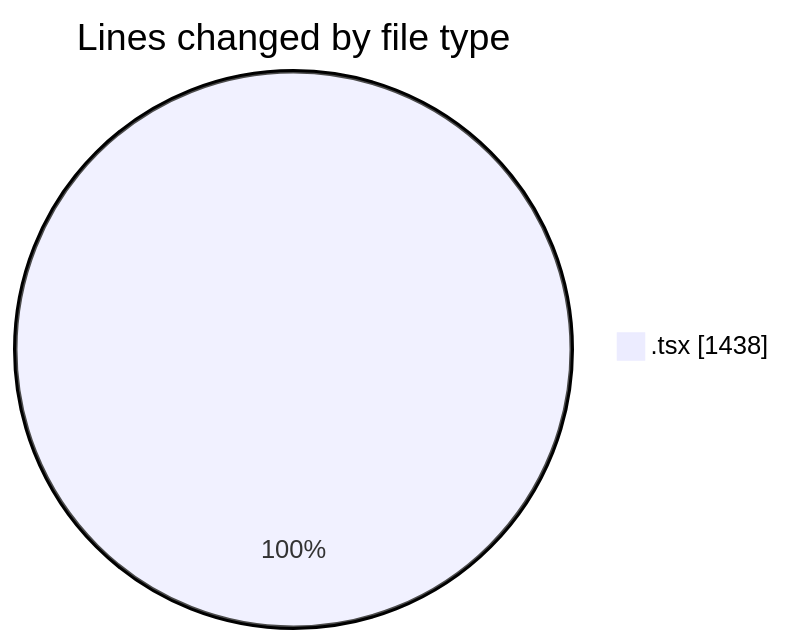
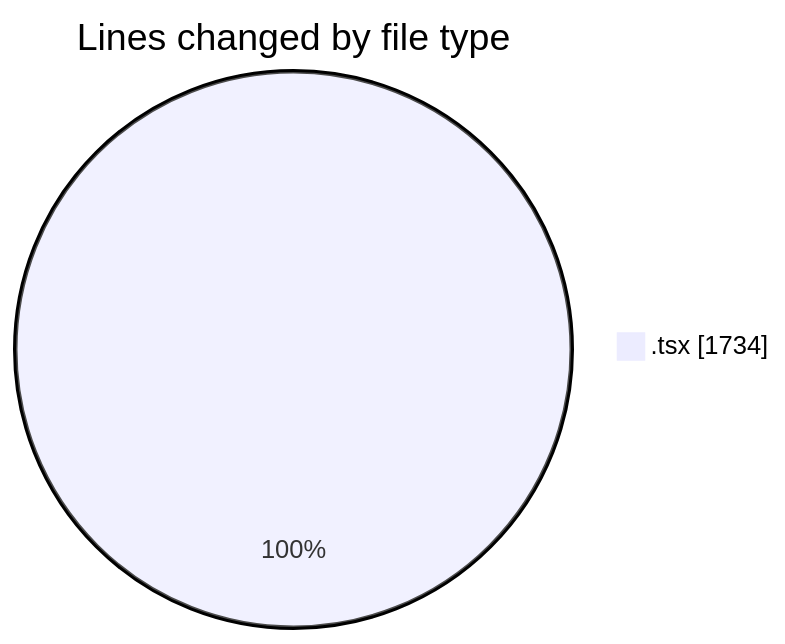
One commit to nxtqubesakshisongat/code-tracking changed the first of 2 diagrams in 2026-06-07/nxtqube_webapp/README.md. Above: the diagram before and after it, drawn with Mermaid. The commit also changed other lines of this file and 1 other file, not shown here.

````diff
--- a/2026-06-07/nxtqube_webapp/README.md
+++ b/2026-06-07/nxtqube_webapp/README.md
@@ -22,5 +23,5 @@
 ```mermaid
 pie showData
 title Lines changed by file type
-".tsx" : 1438
+".tsx" : 1734
 ```
````
